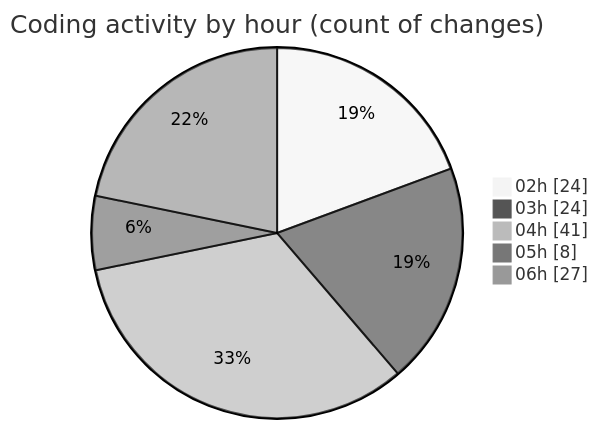
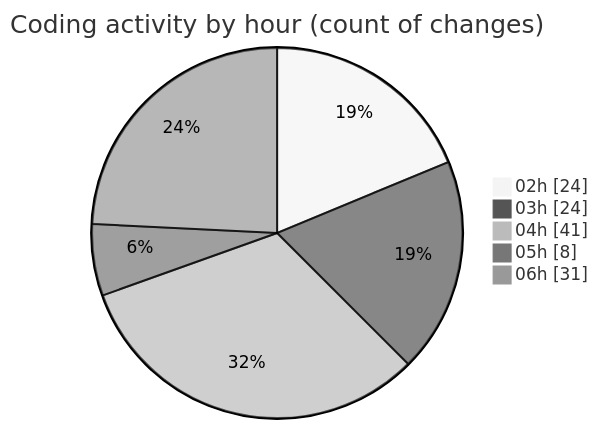
Before and after one commit to lephambinh05/code-tracking: the second of 2 diagrams in 2025-07-23/quanlyrapchieuphim/README.md, drawn with Mermaid (neutral theme). The commit also changed other lines of this file and 1 other file, not shown here.

````diff
--- a/2025-07-23/quanlyrapchieuphim/README.md
+++ b/2025-07-23/quanlyrapchieuphim/README.md
@@ -40,9 +41,9 @@
 ```mermaid
 pie showData
 title Coding activity by hour (count of changes)
 "02h" : 24
 "03h" : 24
 "04h" : 41
 "05h" : 8
-"06h" : 27
+"06h" : 31
 ```
````
